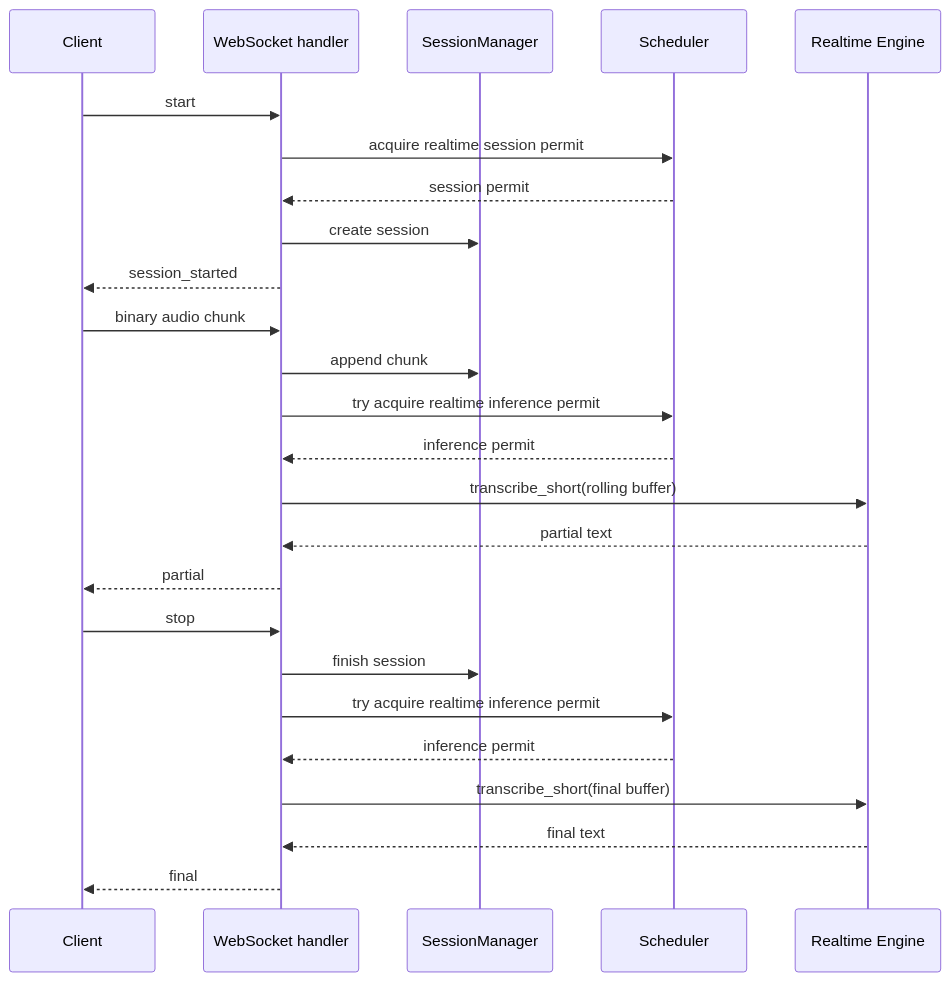
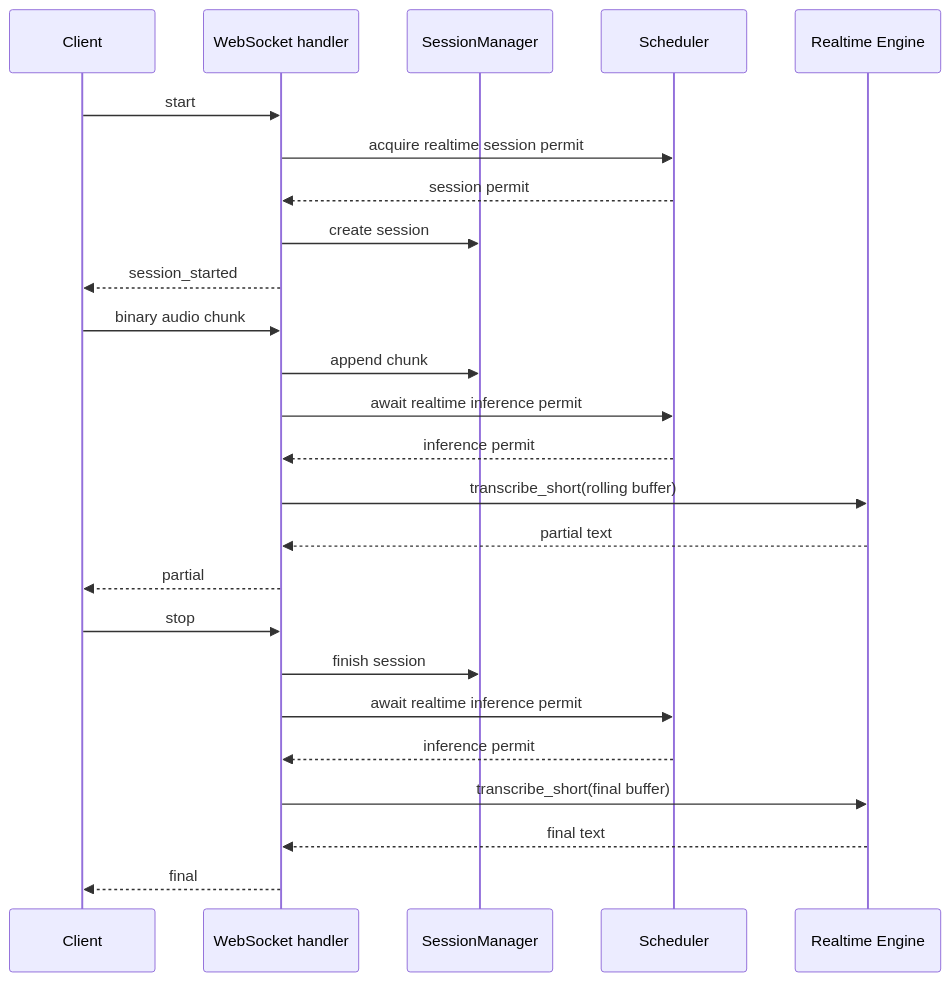
One commit to agent-axiom/aximo changed the third of 3 diagrams in docs/architecture.md. Above: the diagram before and after it, drawn with Mermaid. The commit also changed 4 other files, not shown here.

Commit message:
Queue realtime inference on busy engine

````diff
--- a/docs/architecture.md
+++ b/docs/architecture.md
@@ -39,28 +39,28 @@
 ```mermaid
 sequenceDiagram
     participant C as Client
     participant W as WebSocket handler
     participant M as SessionManager
     participant S as Scheduler
     participant E as Realtime Engine
 
     C->>W: start
     W->>S: acquire realtime session permit
     S-->>W: session permit
     W->>M: create session
     W-->>C: session_started
     C->>W: binary audio chunk
     W->>M: append chunk
-    W->>S: try acquire realtime inference permit
+    W->>S: await realtime inference permit
     S-->>W: inference permit
     W->>E: transcribe_short(rolling buffer)
     E-->>W: partial text
     W-->>C: partial
     C->>W: stop
     W->>M: finish session
-    W->>S: try acquire realtime inference permit
+    W->>S: await realtime inference permit
     S-->>W: inference permit
     W->>E: transcribe_short(final buffer)
     E-->>W: final text
     W-->>C: final
 ```
````
